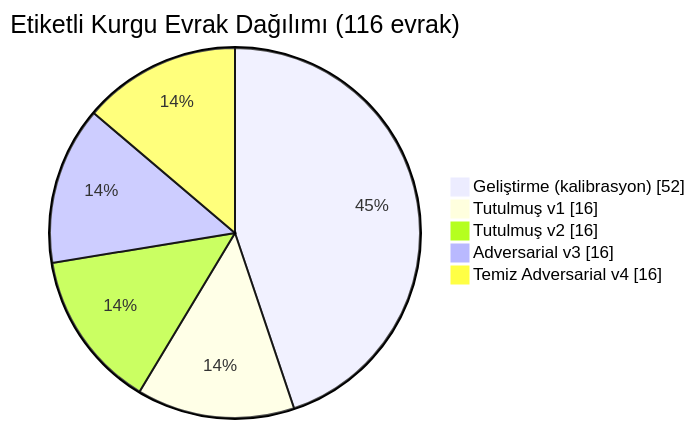
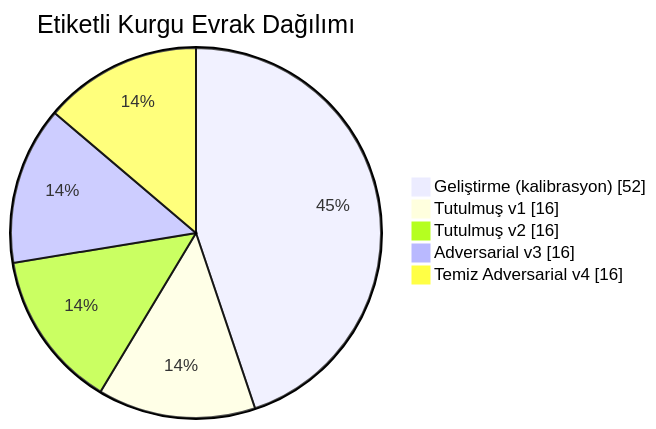
Diagram 21 of 28 in README.md (msgxr/teknofest-2026-kamu-evrak-akilli-ajan), drawn with Mermaid before and after one commit. The commit also changed other lines of this file, not shown here.

First line of the commit message:
fix(beni-oku): GitHub'da render olmayan Mermaid diyagramlari duzeltildi

````diff
--- a/README.md
+++ b/README.md
@@ -1440,8 +1431,9 @@
 ```mermaid
-pie showData title Etiketli Kurgu Evrak Dağılımı (116 evrak)
+pie showData
+    title Etiketli Kurgu Evrak Dağılımı
     "Geliştirme (kalibrasyon)" : 52
     "Tutulmuş v1" : 16
     "Tutulmuş v2" : 16
     "Adversarial v3" : 16
     "Temiz Adversarial v4" : 16
 ```
````
